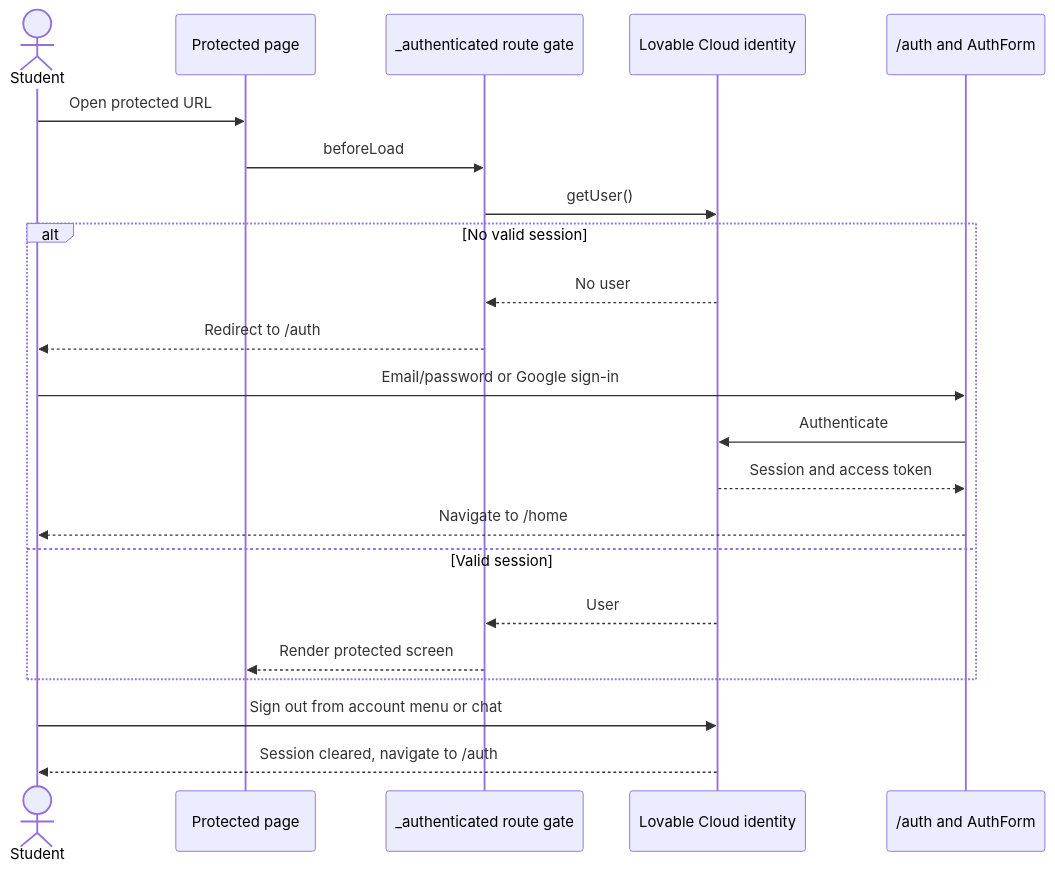
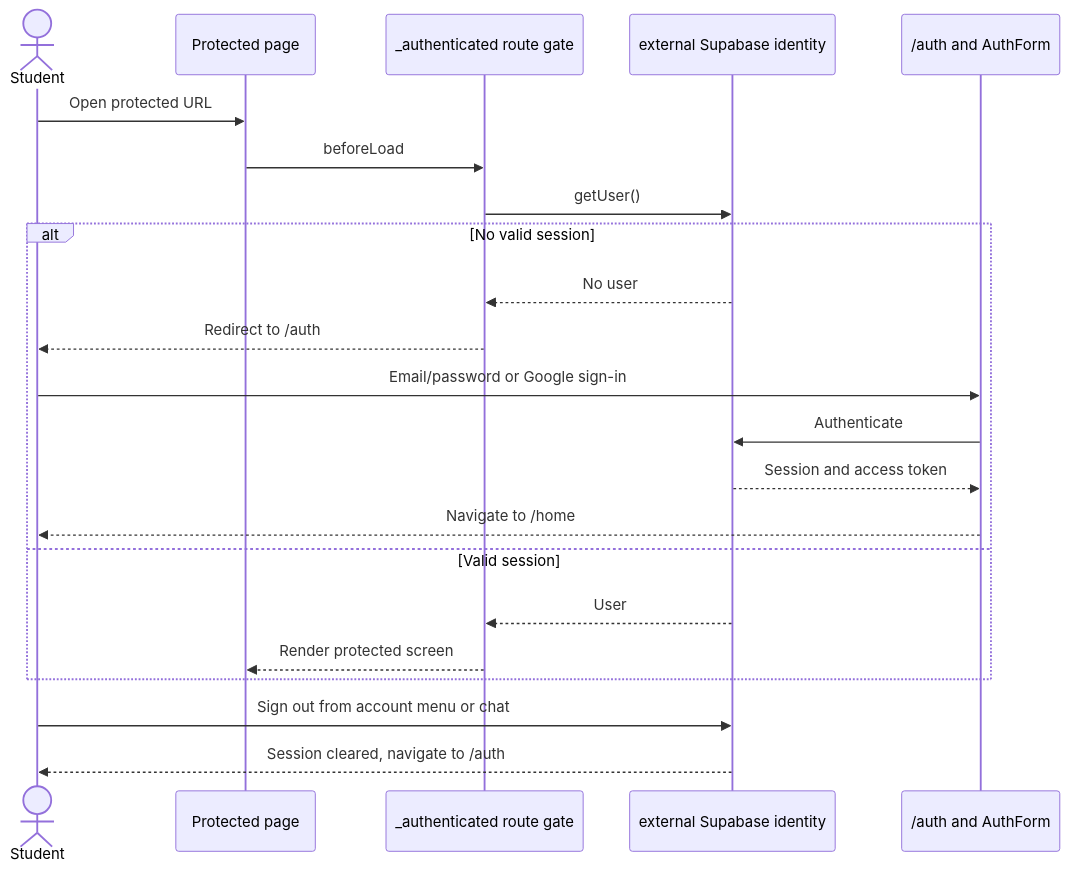
One commit to keyshavmor/study-swiss-star changed the diagram in lovabledocs/wireframes/05-authentication.mmd. Above: the diagram before and after it, drawn with Mermaid. The commit also changed 13 other files, not shown here.

```diff
--- a/lovabledocs/wireframes/05-authentication.mmd
+++ b/lovabledocs/wireframes/05-authentication.mmd
@@ -1,22 +1,22 @@
 sequenceDiagram
   actor Student
   participant Page as Protected page
   participant Gate as _authenticated route gate
-  participant Cloud as Lovable Cloud identity
+  participant Cloud as external Supabase identity
   participant Auth as /auth and AuthForm
   Student->>Page: Open protected URL
   Page->>Gate: beforeLoad
   Gate->>Cloud: getUser()
   alt No valid session
     Cloud-->>Gate: No user
     Gate-->>Student: Redirect to /auth
     Student->>Auth: Email/password or Google sign-in
     Auth->>Cloud: Authenticate
     Cloud-->>Auth: Session and access token
     Auth-->>Student: Navigate to /home
   else Valid session
     Cloud-->>Gate: User
     Gate-->>Page: Render protected screen
   end
   Student->>Cloud: Sign out from account menu or chat
   Cloud-->>Student: Session cleared, navigate to /auth
```
